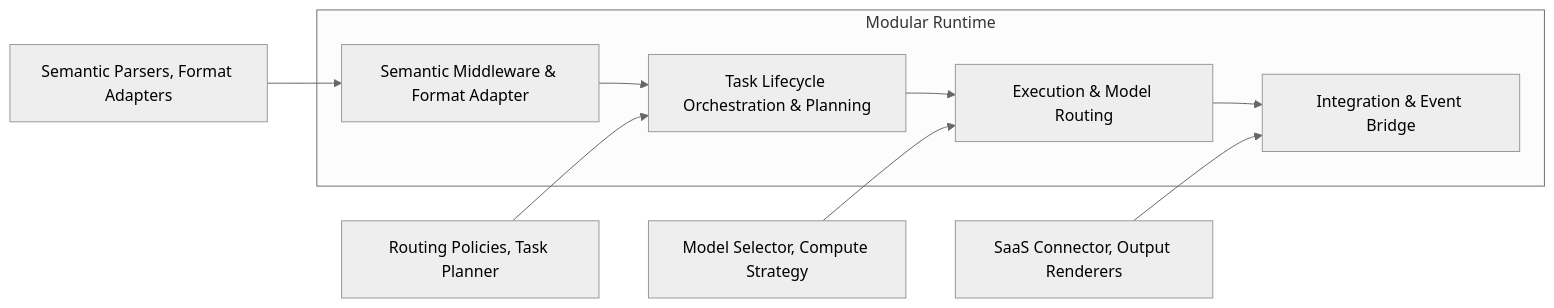
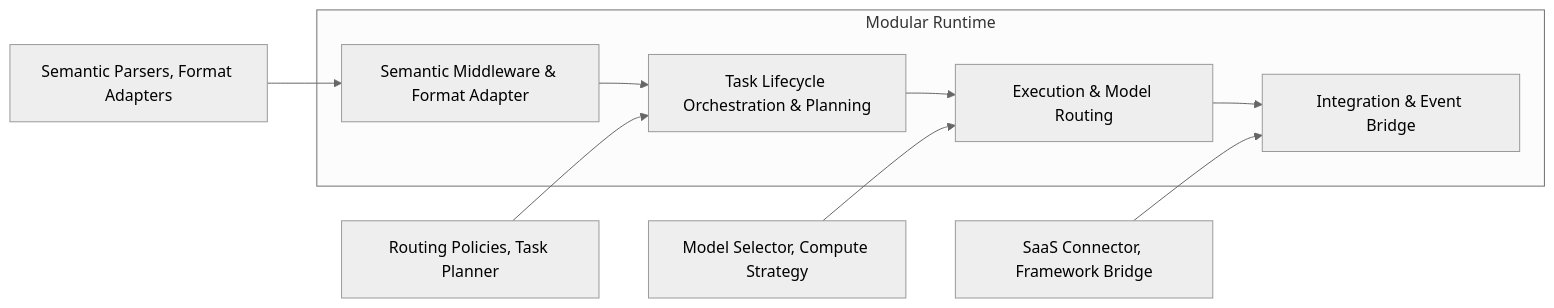
Before and after one commit to CharmAIOS/CharmOS: the third of 3 diagrams in README.md, drawn with Mermaid (neutral theme). The commit also changed other lines of this file, not shown here.

````diff
--- a/README.md
+++ b/README.md
@@ -53,17 +53,17 @@
 ```mermaid
 flowchart LR
     subgraph SYSTEM_INTERNAL [Modular Runtime]
         SM[Semantic Middleware & Format Adapter]
         ORCH[Task Lifecycle Orchestration & Planning]
         EXE[Execution & Model Routing]
         IEB[Integration & Event Bridge]
     end
 
     SM --> ORCH --> EXE --> IEB
 
     %% Plugin injection points
     PL_SM[Semantic Parsers, Format Adapters] --> SM
     PL_ORCH[Routing Policies, Task Planner] --> ORCH
     PL_EXE[Model Selector, Compute Strategy] --> EXE
-    PL_IEB[SaaS Connector, Output Renderers] --> IEB
+    PL_IEB[SaaS Connector, Framework Bridge] --> IEB
 ```
````
